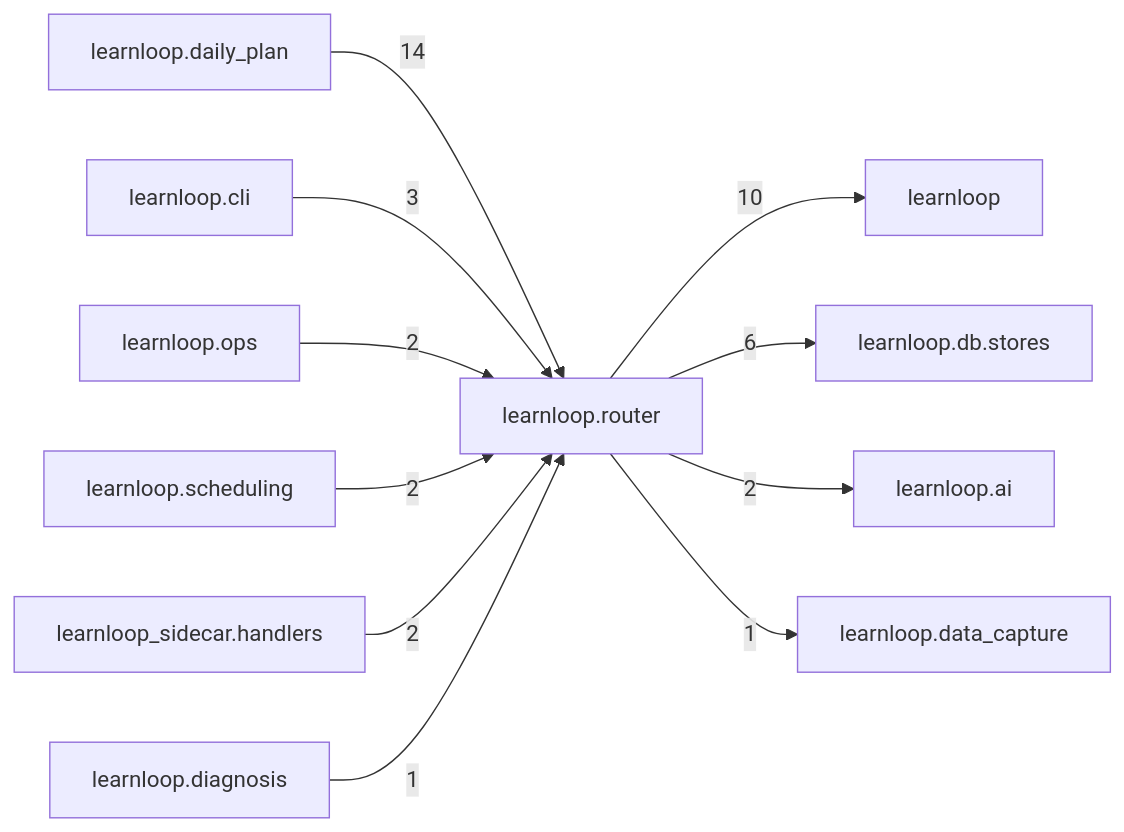
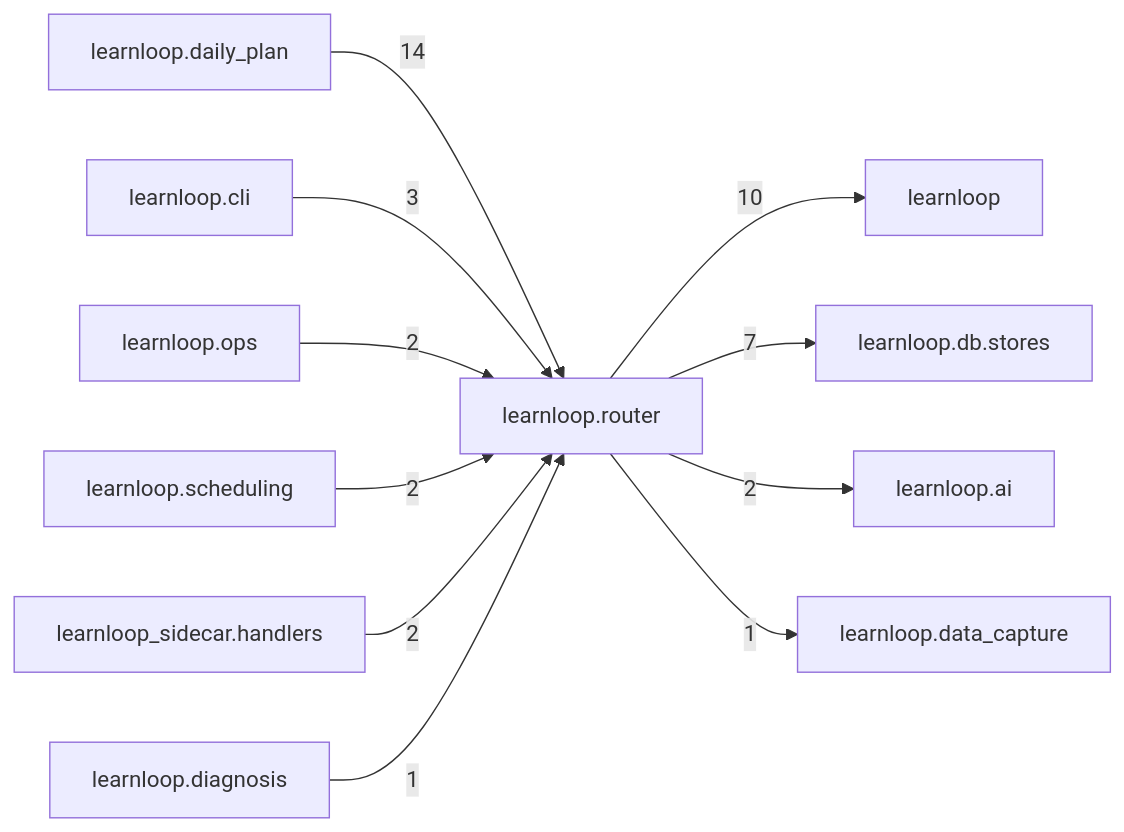
One commit to 6up-b/learnanything changed the diagram in docs/learnloop-architecture-vault/Reference/Modules/learnloop/router/_package.md. Above: the diagram before and after it, drawn with Mermaid. The commit also changed other lines of this file and 616 other files, not shown here.

````diff
--- a/docs/learnloop-architecture-vault/Reference/Modules/learnloop/router/_package.md
+++ b/docs/learnloop-architecture-vault/Reference/Modules/learnloop/router/_package.md
@@ -95,24 +96,24 @@
 ```mermaid
 flowchart LR
     center["learnloop.router"]
     n_learnloop_daily_plan["learnloop.daily_plan"]
     n_learnloop["learnloop"]
     n_learnloop_db_stores["learnloop.db.stores"]
     n_learnloop_cli["learnloop.cli"]
     n_learnloop_ai["learnloop.ai"]
     n_learnloop_ops["learnloop.ops"]
     n_learnloop_scheduling["learnloop.scheduling"]
     n_learnloop_sidecar_handlers["learnloop_sidecar.handlers"]
     n_learnloop_data_capture["learnloop.data_capture"]
     n_learnloop_diagnosis["learnloop.diagnosis"]
     n_learnloop_daily_plan -->|14| center
     center -->|10| n_learnloop
-    center -->|6| n_learnloop_db_stores
+    center -->|7| n_learnloop_db_stores
     n_learnloop_cli -->|3| center
     center -->|2| n_learnloop_ai
     n_learnloop_ops -->|2| center
     n_learnloop_scheduling -->|2| center
     n_learnloop_sidecar_handlers -->|2| center
     center -->|1| n_learnloop_data_capture
     n_learnloop_diagnosis -->|1| center
 ```
````
